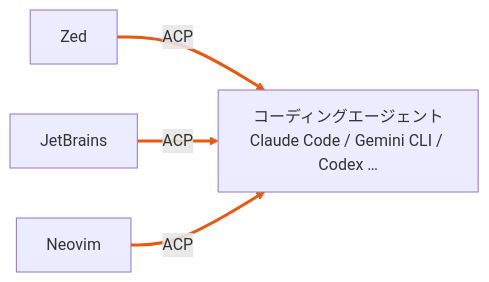
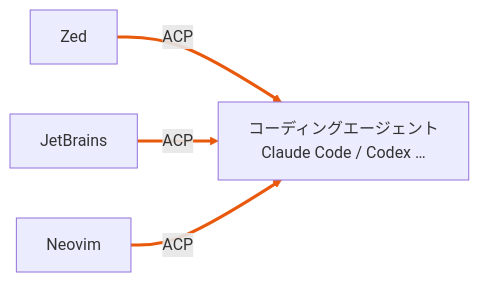
The second of 6 diagrams in docs/acp/index.md (MtkN1/codespaces-blank), drawn with Mermaid before and after one commit. The commit also changed other lines of this file and 8 other files, not shown here.

````diff
--- a/docs/acp/index.md
+++ b/docs/acp/index.md
@@ -18,5 +23,5 @@
-    ```mermaid
-    flowchart LR
-        E1["Zed"] & E2["JetBrains"] & E3["Neovim"] -- "ACP" --> A["コーディングエージェント<br/>Claude Code / Gemini CLI / Codex …"]
-        linkStyle 0,1,2 stroke:#e8590c,stroke-width:3px
-    ```
+```mermaid
+flowchart LR
+    E1["Zed"] & E2["JetBrains"] & E3["Neovim"] -- "ACP" --> A["コーディングエージェント<br/>Claude Code / Codex …"]
+    linkStyle 0,1,2 stroke:#e8590c,stroke-width:3px
+```
````
